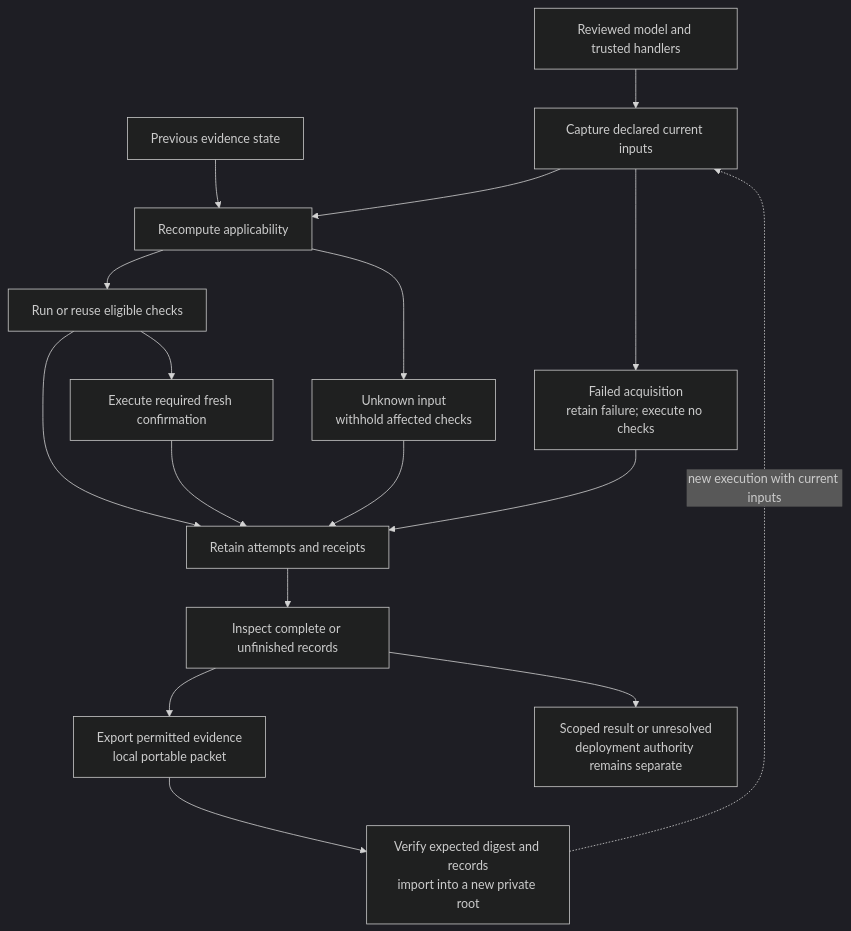
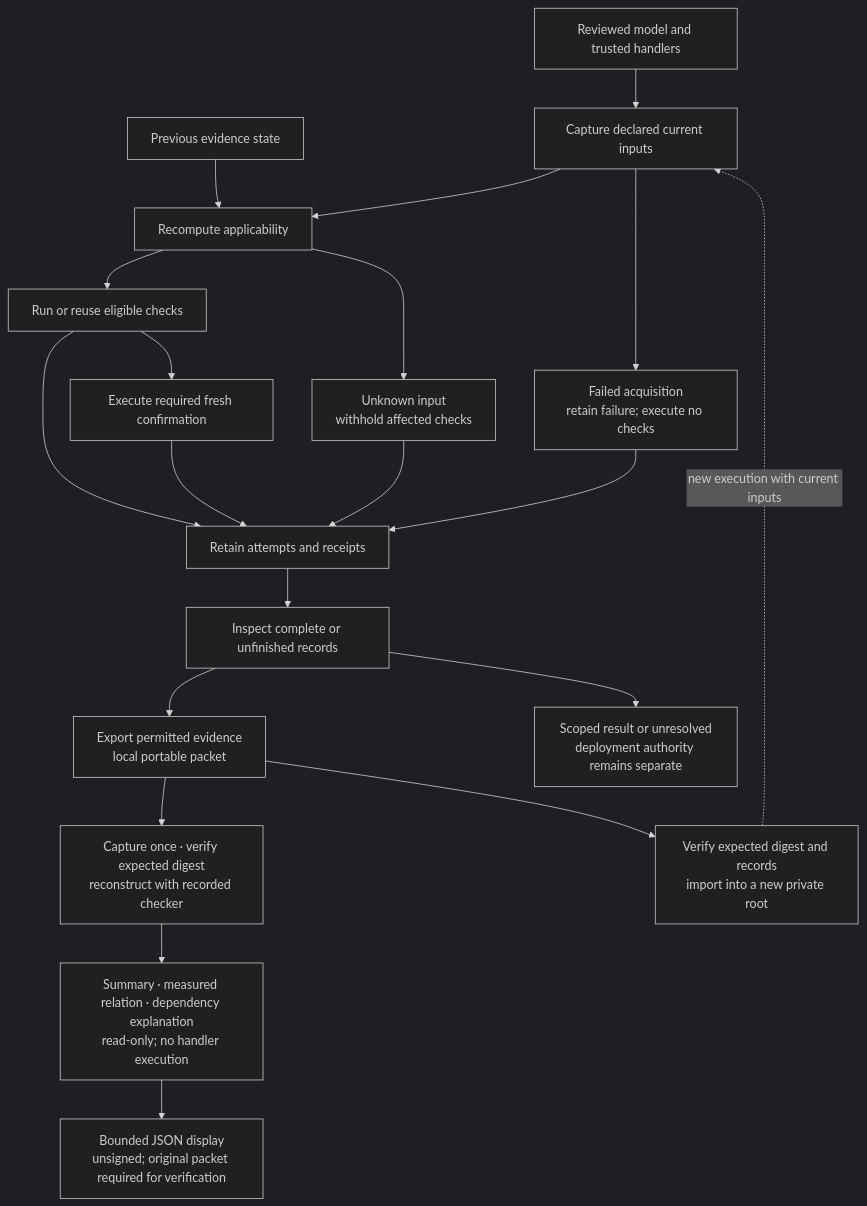
One commit to manfromnowhere143/nisayon changed the second of 6 diagrams in docs/ARCHITECTURE.md. Above: the diagram before and after it, drawn with Mermaid (dark theme). The commit also changed other lines of this file and 257 other files, not shown here.

````diff
--- a/docs/ARCHITECTURE.md
+++ b/docs/ARCHITECTURE.md
@@ -208,21 +222,24 @@
 ```mermaid
 flowchart TB
     accTitle: Declared check execution and portable continuation
     accDescr: The executor captures current declared inputs and checks prior receipts against a reviewed dependency model. Missing inputs withhold dependent checks; invalid acquisition stops execution. Eligible work is reused or executed, mandatory confirmation runs, and record inspection checks every completed receipt. Portable import verifies a supplied digest and reconstructs records without executing handlers; a new execution is still required.
     M["Reviewed model and trusted handlers"] --> B["Capture declared current inputs"]
     B --> Z["Failed acquisition<br/>retain failure; execute no checks"]
     P["Previous evidence state"] --> A["Recompute applicability"]
     B --> A
     A --> K["Run or reuse eligible checks"]
     A --> U["Unknown input<br/>withhold affected checks"]
     K --> F["Execute required fresh confirmation"]
     K --> E["Retain attempts and receipts"]
     F --> E
     U --> E
     Z --> E
     E --> R["Inspect complete or unfinished records"]
     R --> X["Export permitted evidence<br/>local portable packet"]
+    X --> J["Capture once · verify expected digest<br/>reconstruct with recorded checker"]
+    J --> S["Summary · measured relation · dependency explanation<br/>read-only; no handler execution"]
+    S --> V["Bounded JSON display<br/>unsigned; original packet required for verification"]
     X --> I["Verify expected digest and records<br/>import into a new private root"]
     I -. "new execution with current inputs" .-> B
     R --> D["Scoped result or unresolved<br/>deployment authority remains separate"]
 ```
````
